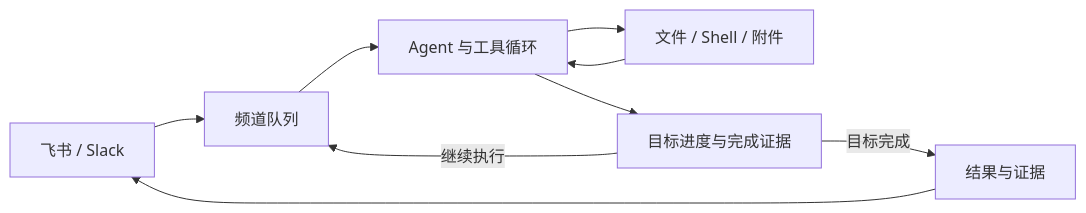
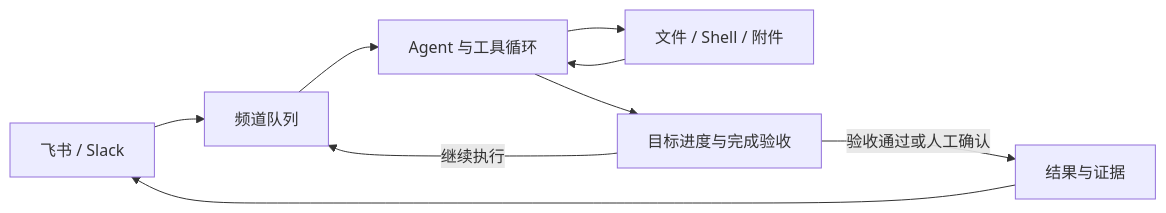
One commit to Xxly959/Light-Claw changed the diagram in README.md. Above: the diagram before and after it, drawn with Mermaid. The commit also changed other lines of this file and 3842 other files, not shown here.

````diff
--- a/README.md
+++ b/README.md
@@ -26,11 +35,11 @@
 ```mermaid
 flowchart LR
     Chat[飞书 / Slack] --> Queue[频道队列]
     Queue --> Agent[Agent 与工具循环]
     Agent --> Tools[文件 / Shell / 附件]
     Tools --> Agent
-    Agent --> Goal[目标进度与完成证据]
+    Agent --> Goal[目标进度与完成验收]
     Goal -->|继续执行| Queue
-    Goal -->|目标完成| Result[结果与证据]
+    Goal -->|验收通过或人工确认| Result[结果与证据]
     Result --> Chat
 ```
````
